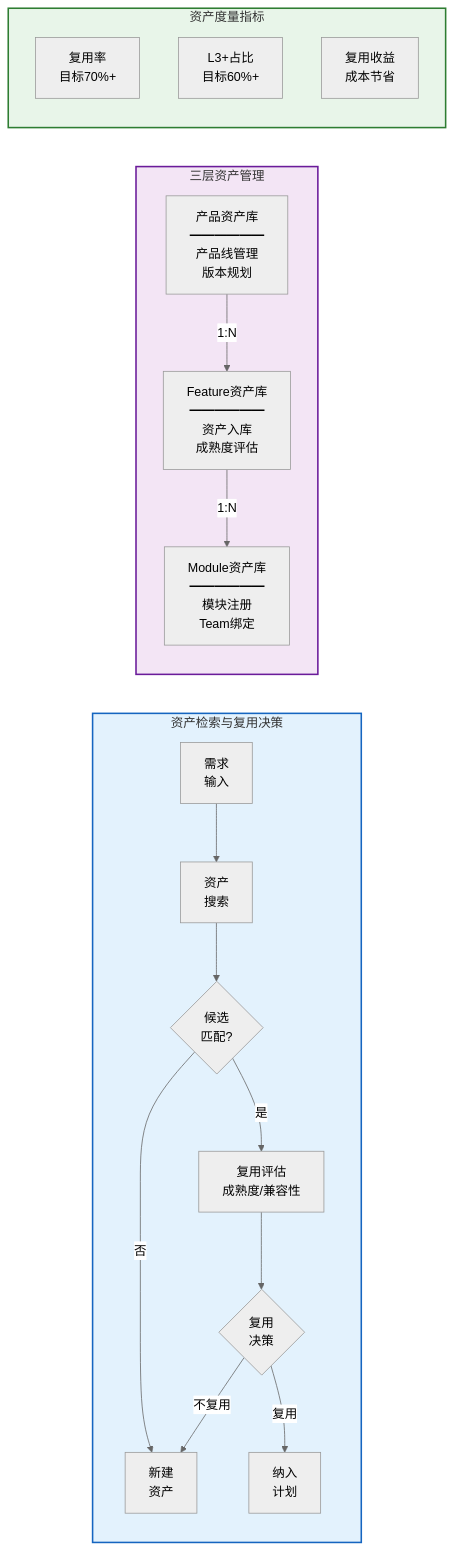
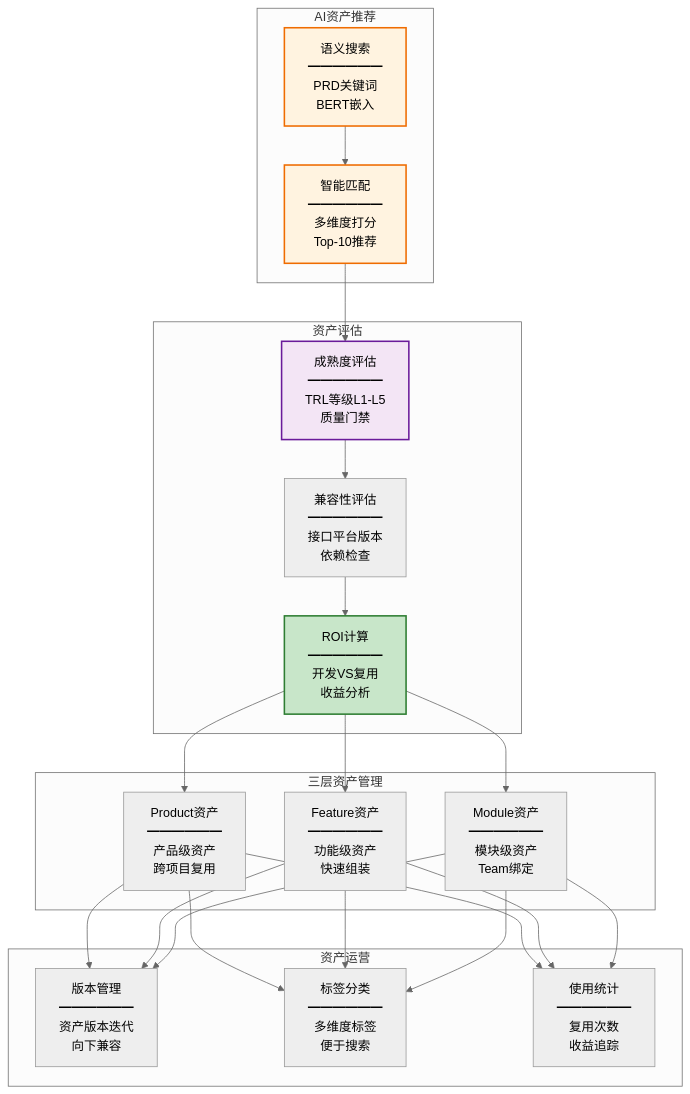
Diagram 17 of 30 in platform-design/AUTO_RD_PLATFORM_DESIGN_MERMAID.md (zjx-immersion/auto-rd-platform-prototype), drawn with Mermaid (neutral theme) before and after one commit. The commit also changed other lines of this file, not shown here.

````diff
--- a/platform-design/AUTO_RD_PLATFORM_DESIGN_MERMAID.md
+++ b/platform-design/AUTO_RD_PLATFORM_DESIGN_MERMAID.md
@@ -909,31 +712,35 @@
 ```mermaid
-graph LR
-    subgraph Search["资产检索与复用决策"]
-        Input[需求<br/>输入] --> Search1[资产<br/>搜索]
-        Search1 --> Match{候选<br/>匹配?}
-        Match -->|是| Eval[复用评估<br/>成熟度/兼容性]
-        Match -->|否| New1[新建<br/>资产]
-        Eval --> Decision{复用<br/>决策}
-        Decision -->|复用| Plan[纳入<br/>计划]
-        Decision -->|不复用| New1
+graph TB
+    subgraph AI资产推荐
+        A1[语义搜索<br/>━━━━━━<br/>PRD关键词<br/>BERT嵌入]
+        A2[智能匹配<br/>━━━━━━<br/>多维度打分<br/>Top-10推荐]
     end
 
-    subgraph Assets["三层资产管理"]
-        PA[产品资产库<br/>━━━━━━<br/>产品线管理<br/>版本规划]
-        FA[Feature资产库<br/>━━━━━━<br/>资产入库<br/>成熟度评估]
-        MA[Module资产库<br/>━━━━━━<br/>模块注册<br/>Team绑定]
-
-        PA -->|1:N| FA
-        FA -->|1:N| MA
+    subgraph 资产评估
+        E1[成熟度评估<br/>━━━━━━<br/>TRL等级L1-L5<br/>质量门禁]
+        E2[兼容性评估<br/>━━━━━━<br/>接口平台版本<br/>依赖检查]
+        E3[ROI计算<br/>━━━━━━<br/>开发VS复用<br/>收益分析]
     end
 
-    subgraph Metrics["资产度量指标"]
-        M1[复用率<br/>目标70%+]
-        M2[L3+占比<br/>目标60%+]
-        M3[复用收益<br/>成本节省]
+    subgraph 三层资产管理
+        M1[Product资产<br/>━━━━━━<br/>产品级资产<br/>跨项目复用]
+        M2[Feature资产<br/>━━━━━━<br/>功能级资产<br/>快速组装]
+        M3[Module资产<br/>━━━━━━<br/>模块级资产<br/>Team绑定]
     end
 
-    style Search fill:#e3f2fd,stroke:#1565c0,stroke-width:2px
-    style Assets fill:#f3e5f5,stroke:#6a1b9a,stroke-width:2px
-    style Metrics fill:#e8f5e9,stroke:#2e7d32,stroke-width:2px
+    subgraph 资产运营
+        O1[版本管理<br/>━━━━━━<br/>资产版本迭代<br/>向下兼容]
+        O2[标签分类<br/>━━━━━━<br/>多维度标签<br/>便于搜索]
+        O3[使用统计<br/>━━━━━━<br/>复用次数<br/>收益追踪]
+    end
+
+    A1 --> A2 --> E1
+    E1 --> E2 --> E3
+    E3 --> M1 & M2 & M3
+    M1 & M2 & M3 --> O1 & O2 & O3
+
+    style A1 fill:#fff3e0,stroke:#ef6c00,stroke-width:2px
+    style A2 fill:#fff3e0,stroke:#ef6c00,stroke-width:2px
+    style E1 fill:#f3e5f5,stroke:#6a1b9a,stroke-width:2px
+    style E3 fill:#c8e6c9,stroke:#2e7d32,stroke-width:2px
 ```
````
